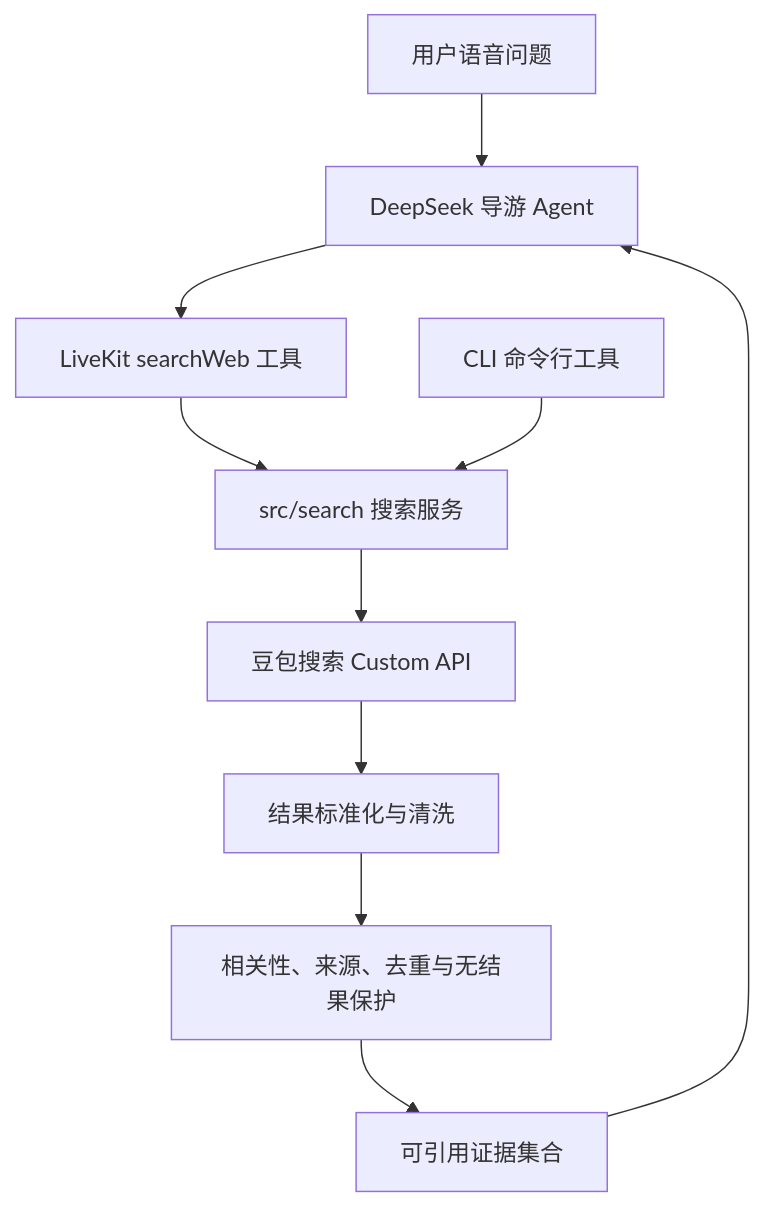
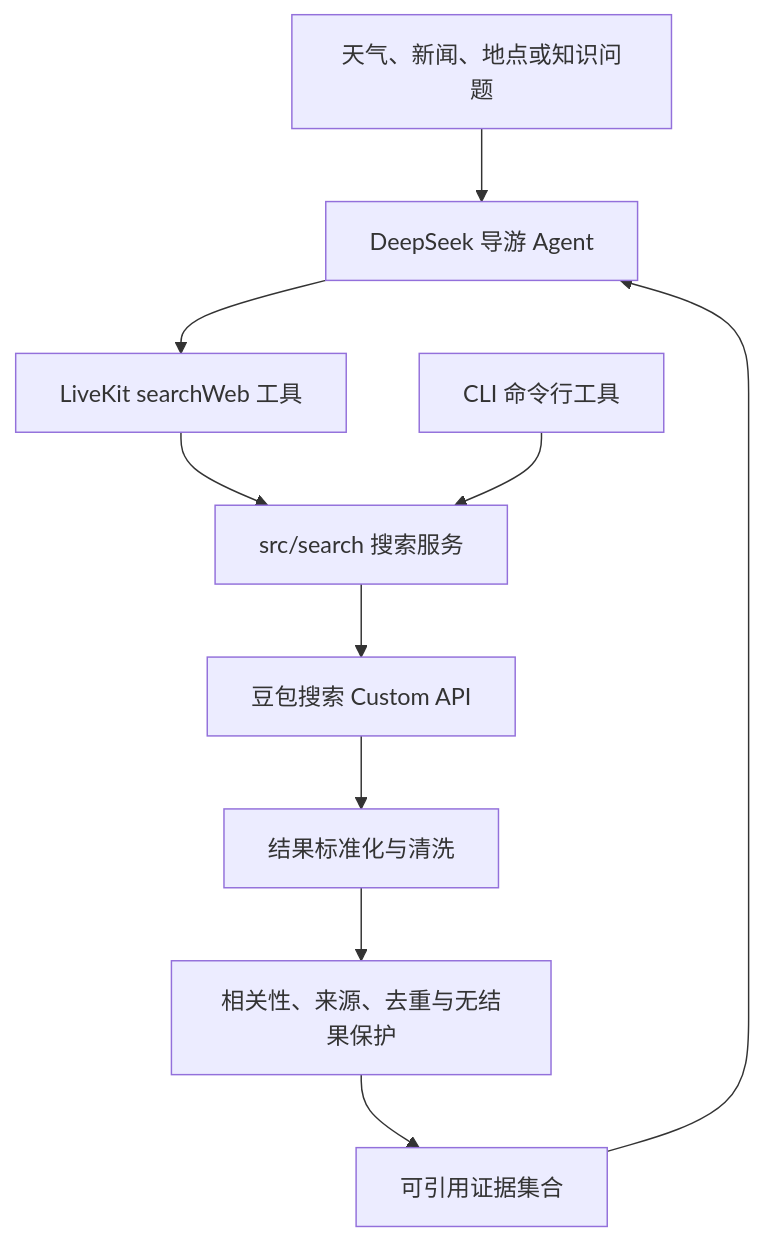
One commit to QAyong/msfs-ai-voice-guide changed the diagram in docs/specs/spec-003-web-search-and-capability-modules.md. Above: the diagram before and after it, drawn with Mermaid. The commit also changed other lines of this file and 42 other files, not shown here.

````diff
--- a/docs/specs/spec-003-web-search-and-capability-modules.md
+++ b/docs/specs/spec-003-web-search-and-capability-modules.md
@@ -37,12 +41,12 @@
 ```mermaid
 flowchart TD
-    User[用户语音问题] --> Main[DeepSeek 导游 Agent]
+    User[天气、新闻、地点或知识问题] --> Main[DeepSeek 导游 Agent]
     Main --> Tool[LiveKit searchWeb 工具]
     Tool --> Service[src/search 搜索服务]
     CLI[CLI 命令行工具] --> Service
     Service --> API[豆包搜索 Custom API]
     API --> Normalize[结果标准化与清洗]
     Normalize --> Guard[相关性、来源、去重与无结果保护]
     Guard --> Evidence[可引用证据集合]
     Evidence --> Main
 ```
````
